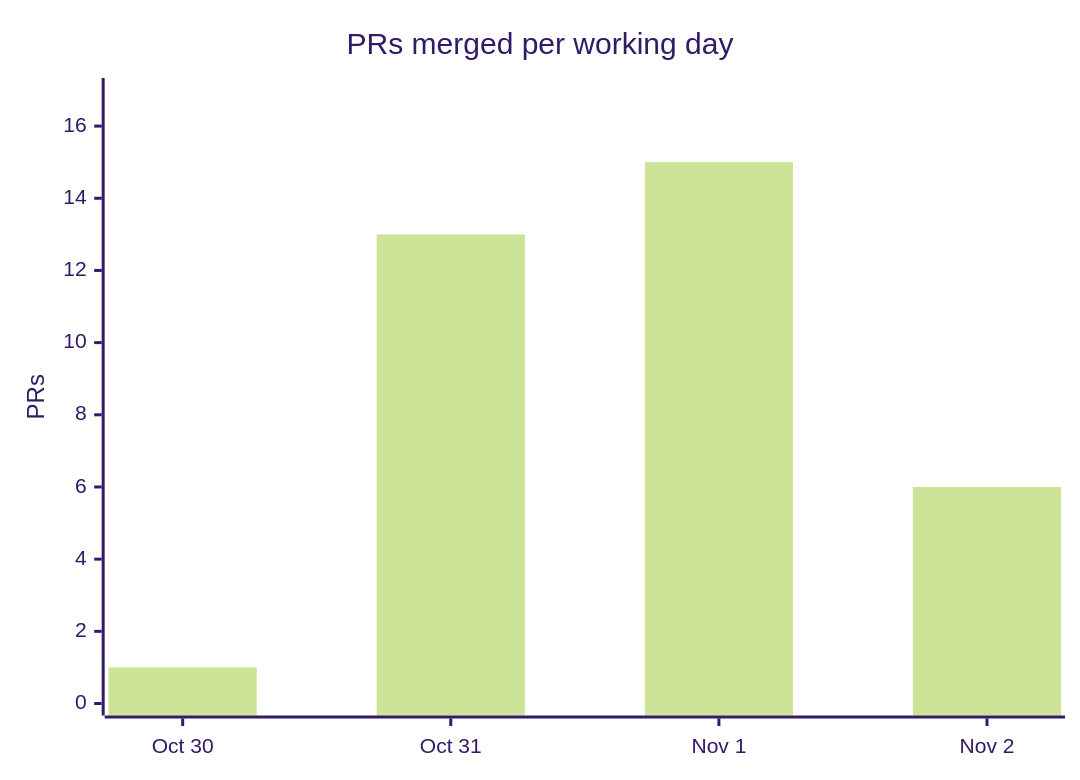
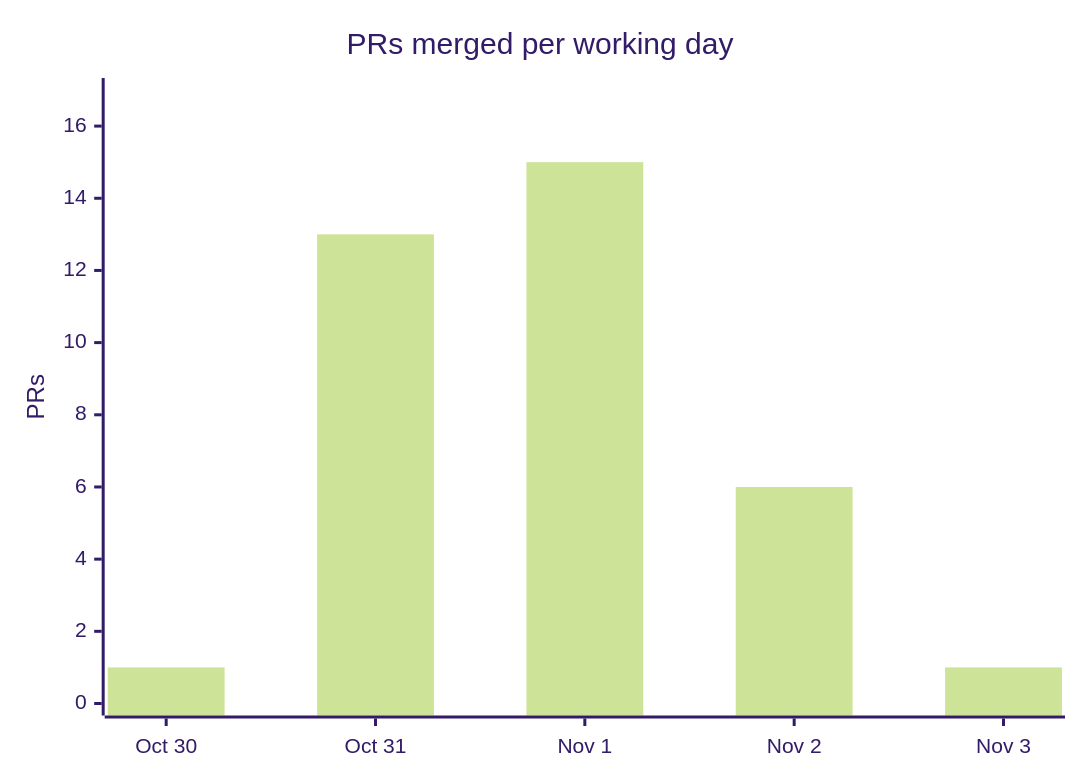
Before and after one commit to cmprssd/nfsh: the fourth of 4 diagrams in docs/OVERVIEW.md, drawn with Mermaid (forest theme). The commit also changed other lines of this file and 4 other files, not shown here.

````diff
--- a/docs/OVERVIEW.md
+++ b/docs/OVERVIEW.md
@@ -139,7 +139,7 @@
 ```mermaid
 xychart-beta
     title "PRs merged per working day"
-    x-axis ["Oct 30", "Oct 31", "Nov 1", "Nov 2"]
+    x-axis ["Oct 30", "Oct 31", "Nov 1", "Nov 2", "Nov 3"]
     y-axis "PRs" 0 --> 17
-    bar [1, 13, 15, 6]
+    bar [1, 13, 15, 6, 1]
 ```
````
